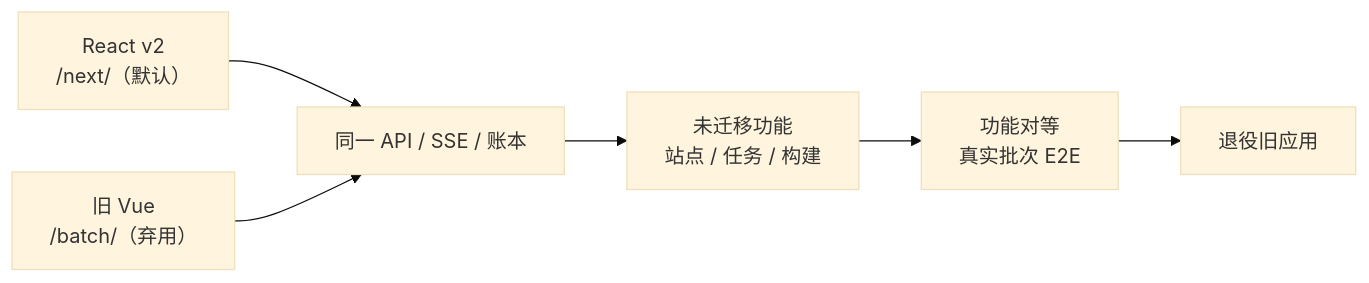
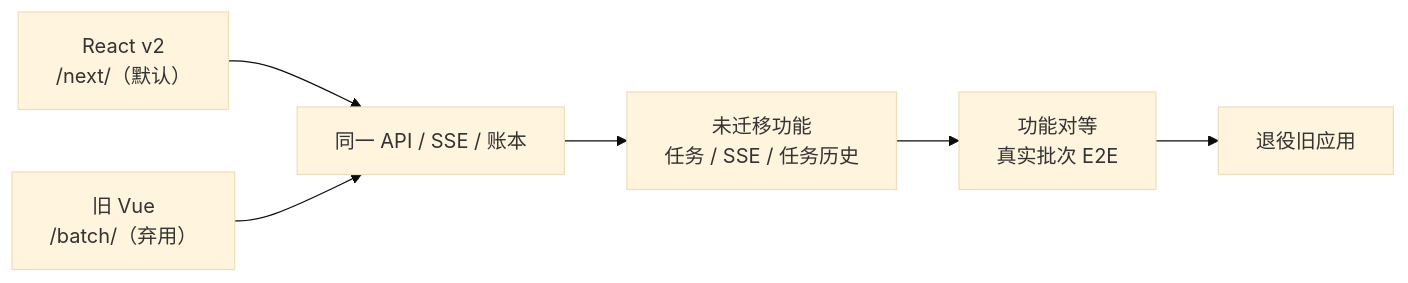
The diagram in docs/adr/0012-前端v2技术栈与设计系统.md (xuchaoxin1375/ai-ecom-crawler), drawn with Mermaid (base theme) before and after one commit. The commit also changed other lines of this file and 20 other files, not shown here.

````diff
--- a/docs/adr/0012-前端v2技术栈与设计系统.md
+++ b/docs/adr/0012-前端v2技术栈与设计系统.md
@@ -104,8 +104,8 @@
 ```mermaid
 flowchart LR
     R["React v2<br>/next/（默认）"] --> P["同一 API / SSE / 账本"]
     V["旧 Vue<br>/batch/（弃用）"] --> P
-    P --> S["未迁移功能<br>站点 / 任务 / 构建"]
+    P --> S["未迁移功能<br>任务 / SSE / 任务历史"]
     S --> C["功能对等<br>真实批次 E2E"]
     C --> E["退役旧应用"]
 ```
````
